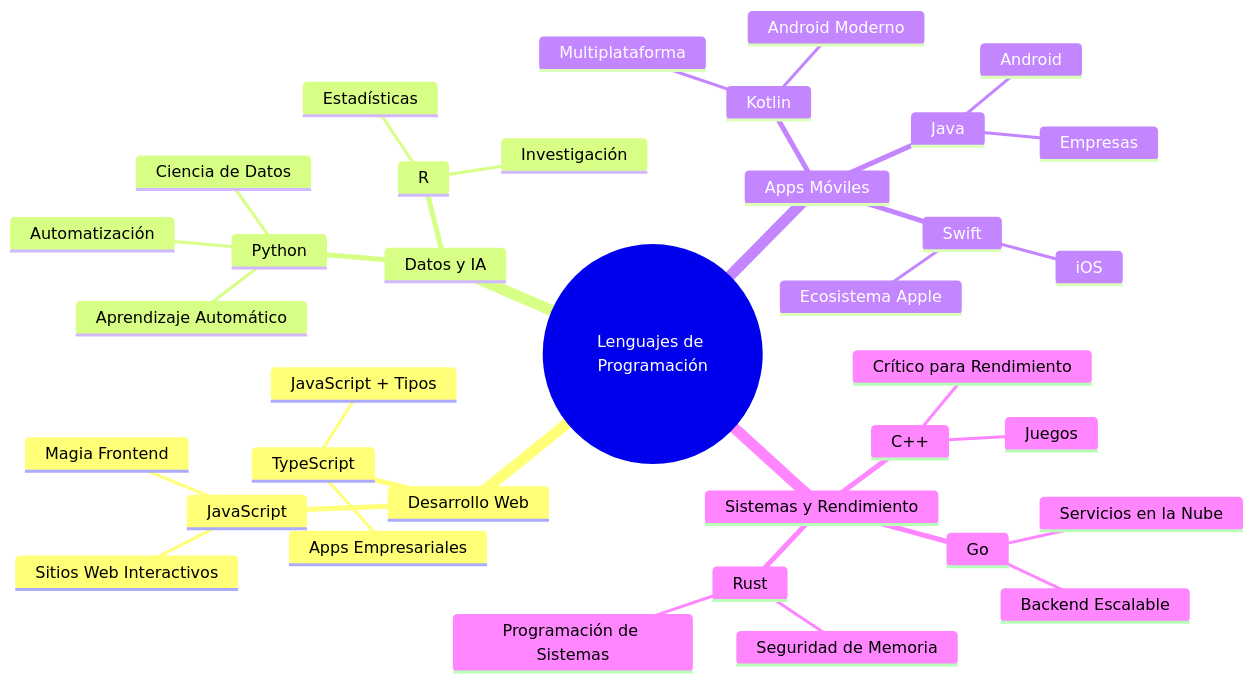
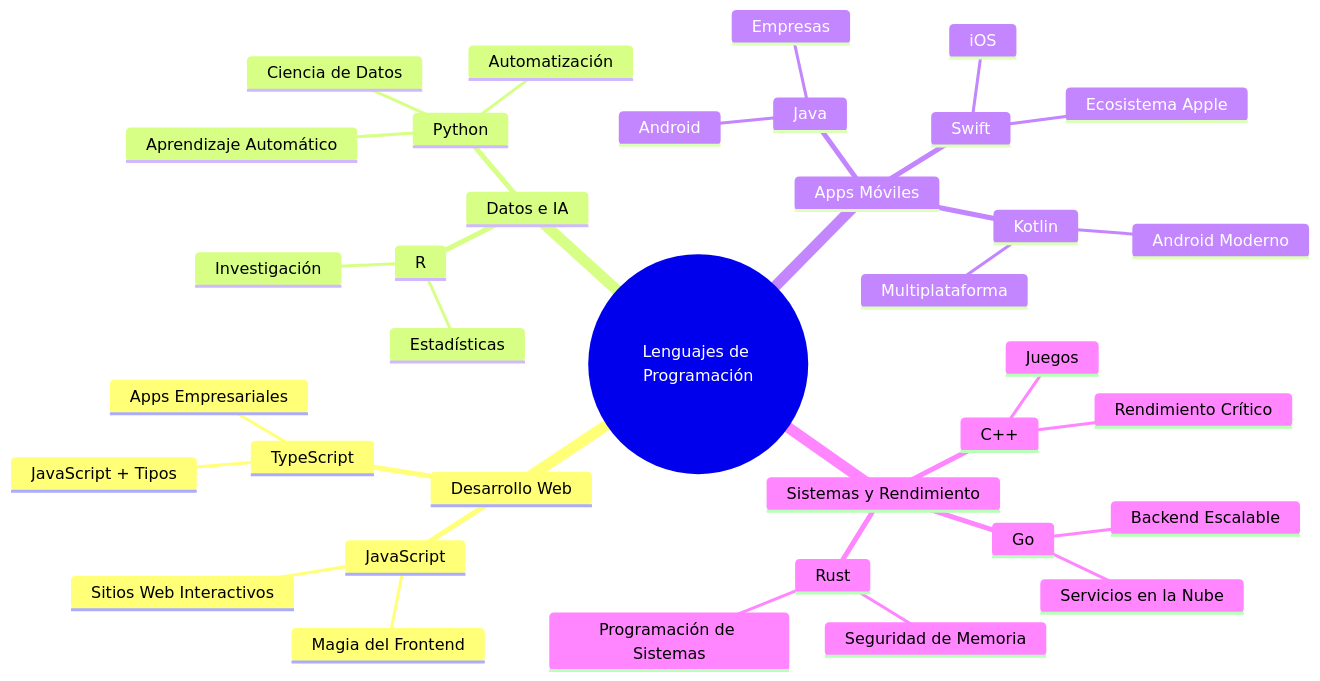
One commit to microsoft/Web-Dev-For-Beginners changed the second of 7 diagrams in translations/es/1-getting-started-lessons/1-intro-to-programming-languages/README.md. Above: the diagram before and after it, drawn with Mermaid. The commit also changed other lines of this file and 393 other files, not shown here.

````diff
--- a/translations/es/1-getting-started-lessons/1-intro-to-programming-languages/README.md
+++ b/translations/es/1-getting-started-lessons/1-intro-to-programming-languages/README.md
@@ -84,39 +85,39 @@
 ```mermaid
 mindmap
   root((Lenguajes de Programación))
     Desarrollo Web
       JavaScript
-        Magia Frontend
+        Magia del Frontend
         Sitios Web Interactivos
       TypeScript
         JavaScript + Tipos
         Apps Empresariales
-    Datos y IA
+    Datos e IA
       Python
         Ciencia de Datos
         Aprendizaje Automático
         Automatización
       R
         Estadísticas
         Investigación
     Apps Móviles
       Java
         Android
         Empresas
       Swift
         iOS
         Ecosistema Apple
       Kotlin
         Android Moderno
         Multiplataforma
     Sistemas y Rendimiento
       C++
         Juegos
-        Crítico para Rendimiento
+        Rendimiento Crítico
       Rust
         Seguridad de Memoria
         Programación de Sistemas
       Go
         Servicios en la Nube
         Backend Escalable
 ```
````
